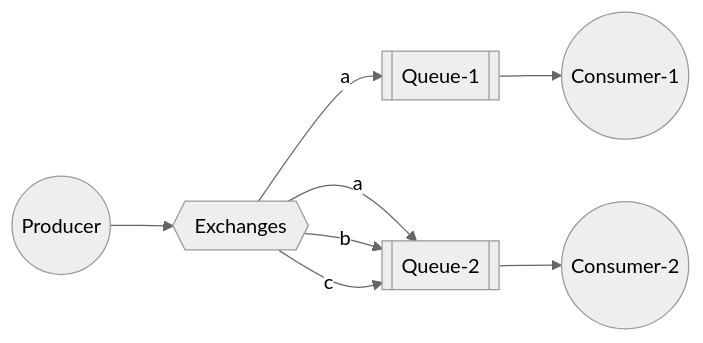
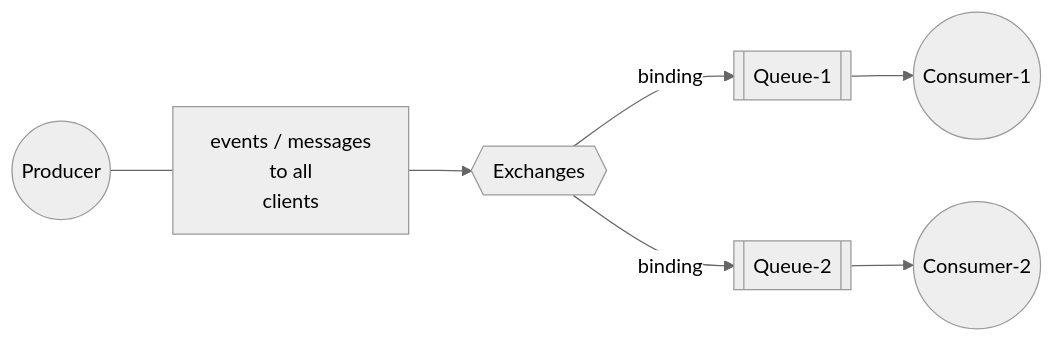
The third of 5 diagrams in chapter05/README.md (robert0714/Udemy_RabbitMQ_In_Practice_2022), drawn with Mermaid (neutral theme) before and after one commit. The commit also changed other lines of this file and 1 other file, not shown here.

````diff
--- a/chapter05/README.md
+++ b/chapter05/README.md
@@ -67,23 +79,24 @@
 ```mermaid
 flowchart LR
     P((Producer))
     X{{Exchanges}}
     Q1[[Queue-1]]
     Q2[[Queue-2]]
     C1((Consumer-1))
     C2((Consumer-2))
+    Request["`events / messages
+    to all
+       clients`"]
 
-    P --> X
-    X -- a --> Q1 & Q2
-    X -- b --> Q2
-    X -- c --> Q2
+    P --- Request --> X -- binding --> Q1 & Q2    
     Q1 --> C1
     Q2 --> C2
 
     class P mermaid-producer
     class X mermaid-exchange
     class Q1 mermaid-queue
     class Q2 mermaid-queue
     class C1 mermaid-consumer
     class C2 mermaid-consumer
+    class Request mermaid-msg
 ```
````
